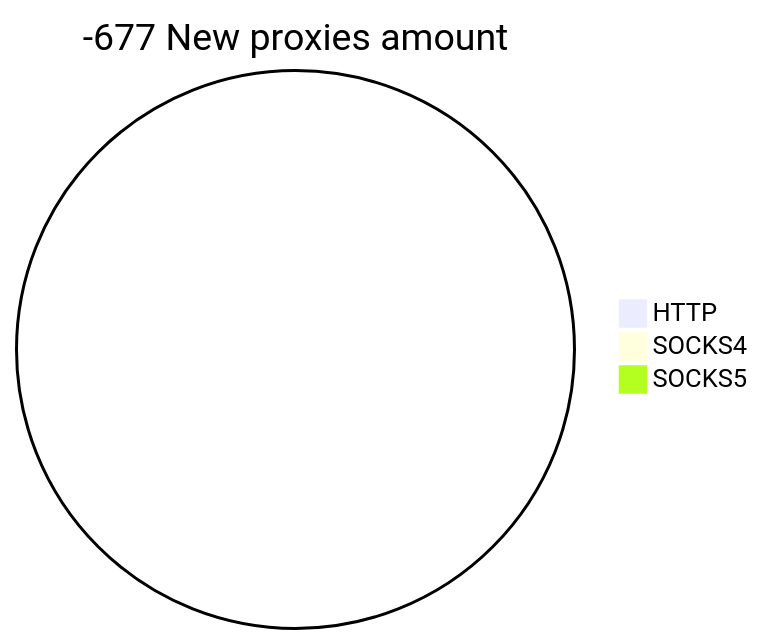
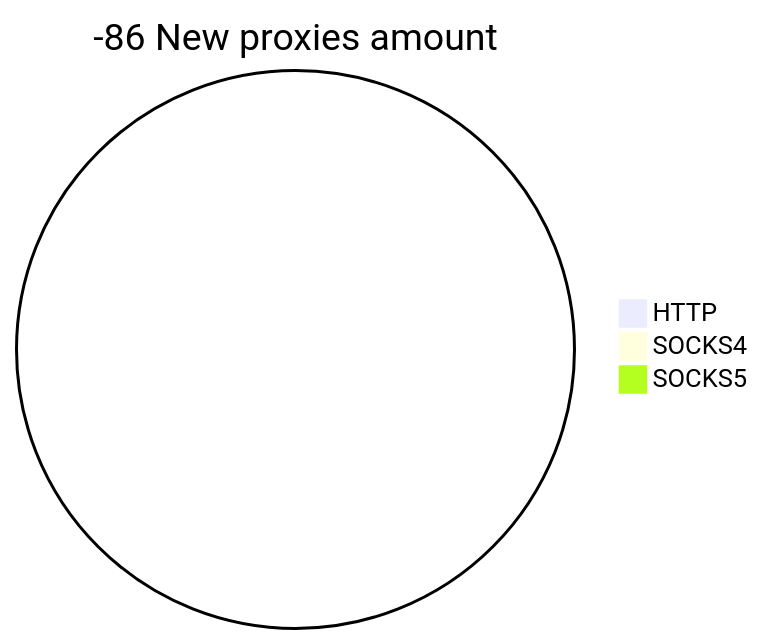
One commit to cutipu/proxylist changed the second of 2 diagrams in README.md. Above: the diagram before and after it, drawn with Mermaid. The commit also changed other lines of this file, not shown here.

````diff
--- a/README.md
+++ b/README.md
@@ -10,6 +10,6 @@
 ```mermaid
-pie title -677 New proxies amount
+pie title -86 New proxies amount
     "HTTP" : 0
     "SOCKS4" : 0
     "SOCKS5" : 0
 ```
````
